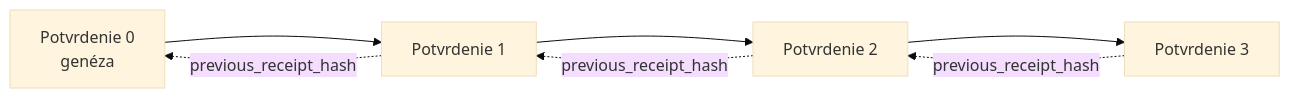
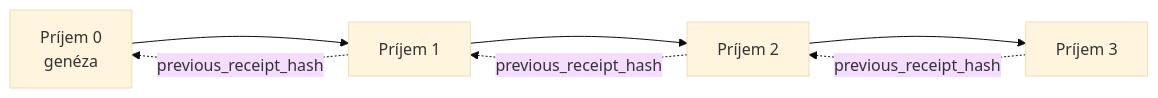
The second of 2 diagrams in translations/sk/18-securing-ai-agents/README.md (microsoft/ai-agents-for-beginners), drawn with Mermaid (base theme) before and after one commit. The commit also changed other lines of this file and 93 other files, not shown here.

````diff
--- a/translations/sk/18-securing-ai-agents/README.md
+++ b/translations/sk/18-securing-ai-agents/README.md
@@ -206,9 +206,9 @@
 ```mermaid
 flowchart LR
-    R0[Potvrdenie 0<br/>genéza] --> R1[Potvrdenie 1]
-    R1 --> R2[Potvrdenie 2]
-    R2 --> R3[Potvrdenie 3]
+    R0[Príjem 0<br/>genéza] --> R1[Príjem 1]
+    R1 --> R2[Príjem 2]
+    R2 --> R3[Príjem 3]
     R1 -. previous_receipt_hash .-> R0
     R2 -. previous_receipt_hash .-> R1
     R3 -. previous_receipt_hash .-> R2
 ```
````
